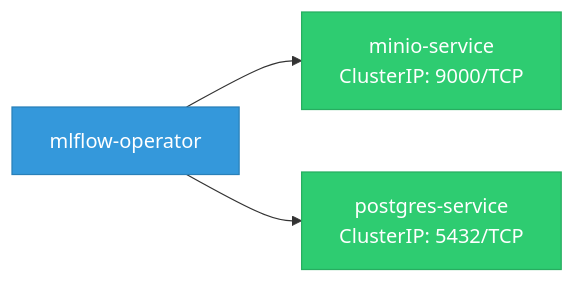
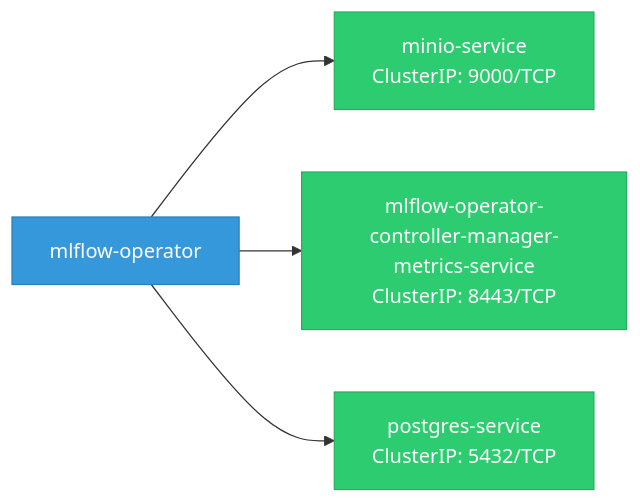
One commit to ugiordan/architecture-analyzer changed the first of 2 diagrams in site/docs/odh-platform/components/mlflow_operator/network.md. Above: the diagram before and after it, drawn with Mermaid. The commit also changed other lines of this file and 299 other files, not shown here.

````diff
--- a/site/docs/odh-platform/components/mlflow_operator/network.md
+++ b/site/docs/odh-platform/components/mlflow_operator/network.md
@@ -5,11 +5,12 @@
 ```mermaid
 graph LR
     classDef svc fill:#2ecc71,stroke:#27ae60,color:#fff
     classDef test fill:#95a5a6,stroke:#7f8c8d,color:#fff
     classDef component fill:#3498db,stroke:#2980b9,color:#fff
     classDef ext fill:#e74c3c,stroke:#c0392b,color:#fff
 
     mlflow_operator["mlflow-operator"]:::component
     mlflow_operator --> svc_0["minio-service\nClusterIP: 9000/TCP"]:::svc
-    mlflow_operator --> svc_1["postgres-service\nClusterIP: 5432/TCP"]:::svc
+    mlflow_operator --> svc_1["mlflow-operator-controller-manager-metrics-service\nClusterIP: 8443/TCP"]:::svc
+    mlflow_operator --> svc_2["postgres-service\nClusterIP: 5432/TCP"]:::svc
 ```
````
